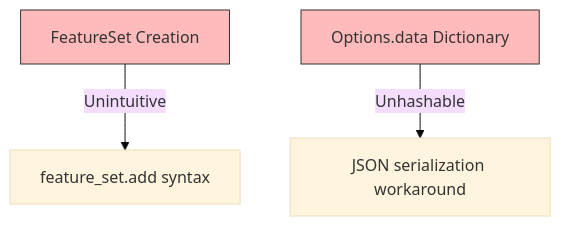
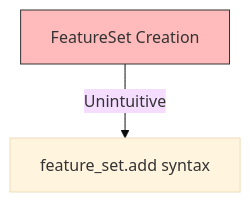
One commit to mloda-ai/mloda changed the third of 3 diagrams in memory-bank/progress.md. Above: the diagram before and after it, drawn with Mermaid (base theme). The commit also changed other lines of this file and 15 other files, not shown here.

````diff
--- a/memory-bank/progress.md
+++ b/memory-bank/progress.md
@@ -54,8 +55,6 @@
 ```mermaid
 flowchart TD
     Issue1[FeatureSet Creation] --> |Unintuitive| Fix1[feature_set.add syntax]
-    Issue2[Options.data Dictionary] --> |Unhashable| Fix2[JSON serialization workaround]
-    
+
     style Issue1 fill:#fbb,stroke:#333
-    style Issue2 fill:#fbb,stroke:#333
 ```
````
